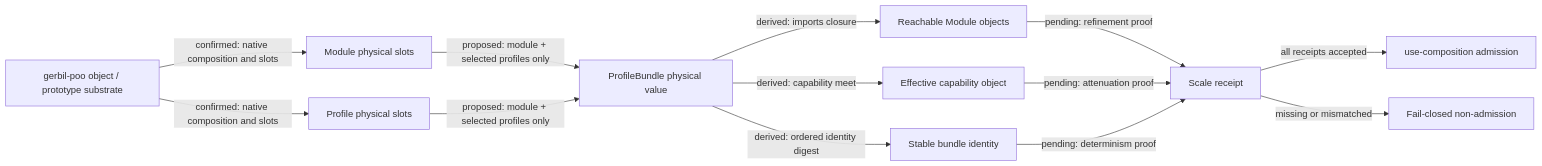
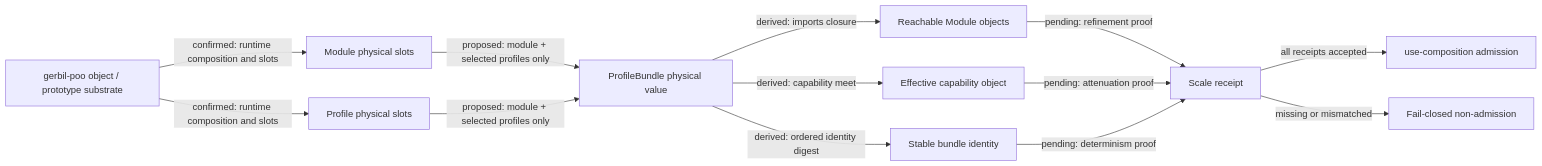
Before and after one commit to tao3k/gebril-yuanxu: the first of 5 diagrams in module-system/design/45-113-gerbil-poo-scale-refinement-and-generated-graph-receipts.org, drawn with Mermaid. The commit also changed other lines of this file and 1469 other files, not shown here.

First line of the commit message:
refactor: consolidate module runtime and build interfaces

```diff
--- a/module-system/design/45-113-gerbil-poo-scale-refinement-and-generated-graph-receipts.org
+++ b/module-system/design/45-113-gerbil-poo-scale-refinement-and-generated-graph-receipts.org
@@ -325,15 +325,15 @@
 #+begin_src mermaid
 flowchart LR
-  GP["gerbil-poo object / prototype substrate"] -->|"confirmed: native composition and slots"| M["Module physical slots"]
-  GP -->|"confirmed: native composition and slots"| P["Profile physical slots"]
+  GP["gerbil-poo object / prototype substrate"] -->|"confirmed: runtime composition and slots"| M["Module physical slots"]
+  GP -->|"confirmed: runtime composition and slots"| P["Profile physical slots"]
   M -->|"proposed: module + selected profiles only"| B["ProfileBundle physical value"]
   P -->|"proposed: module + selected profiles only"| B
   B -->|"derived: imports closure"| I["Reachable Module objects"]
   B -->|"derived: capability meet"| C["Effective capability object"]
   B -->|"derived: ordered identity digest"| D["Stable bundle identity"]
   I -->|"pending: refinement proof"| R["Scale receipt"]
   C -->|"pending: attenuation proof"| R
   D -->|"pending: determinism proof"| R
   R -->|"all receipts accepted"| U["use-composition admission"]
   R -->|"missing or mismatched"| X["Fail-closed non-admission"]
 #+end_src
```
